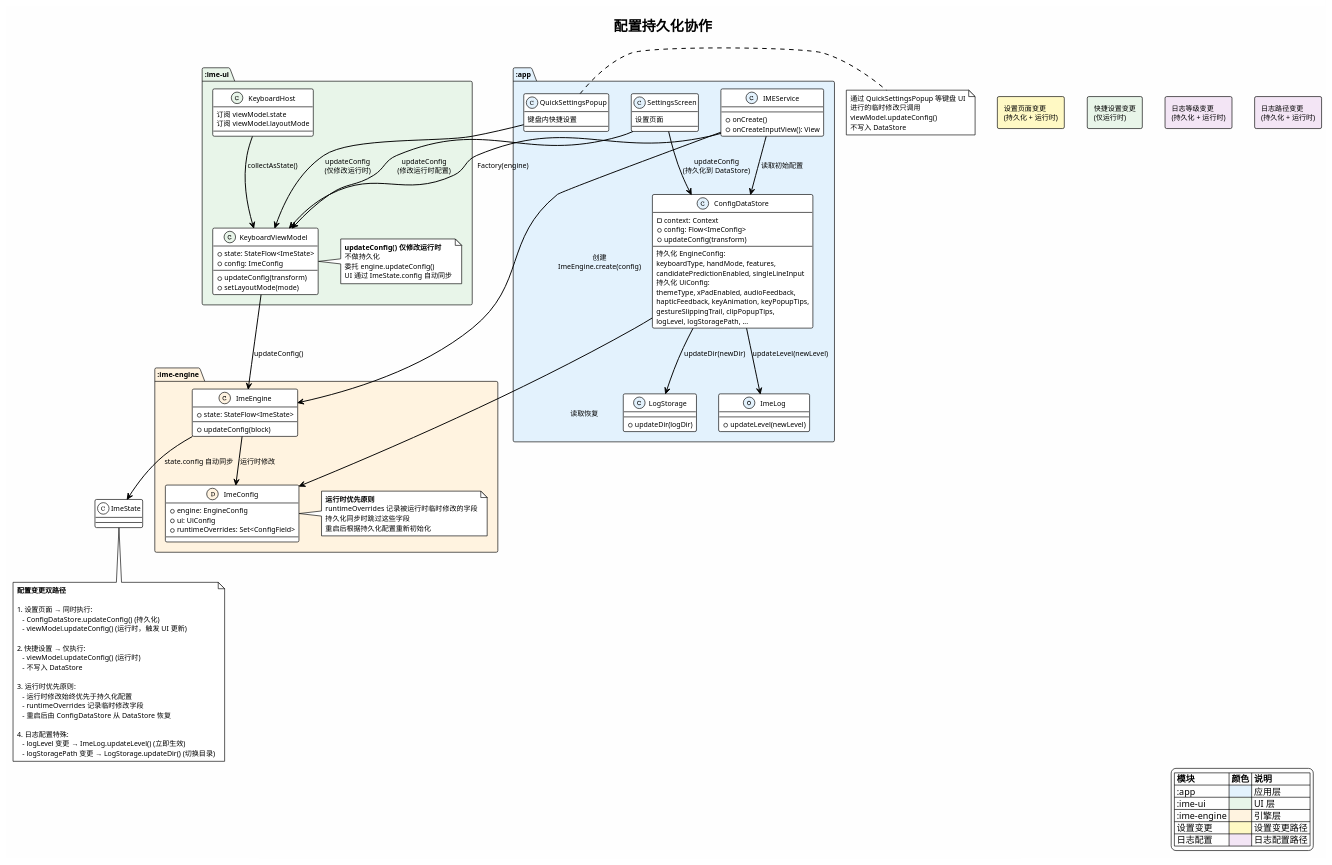
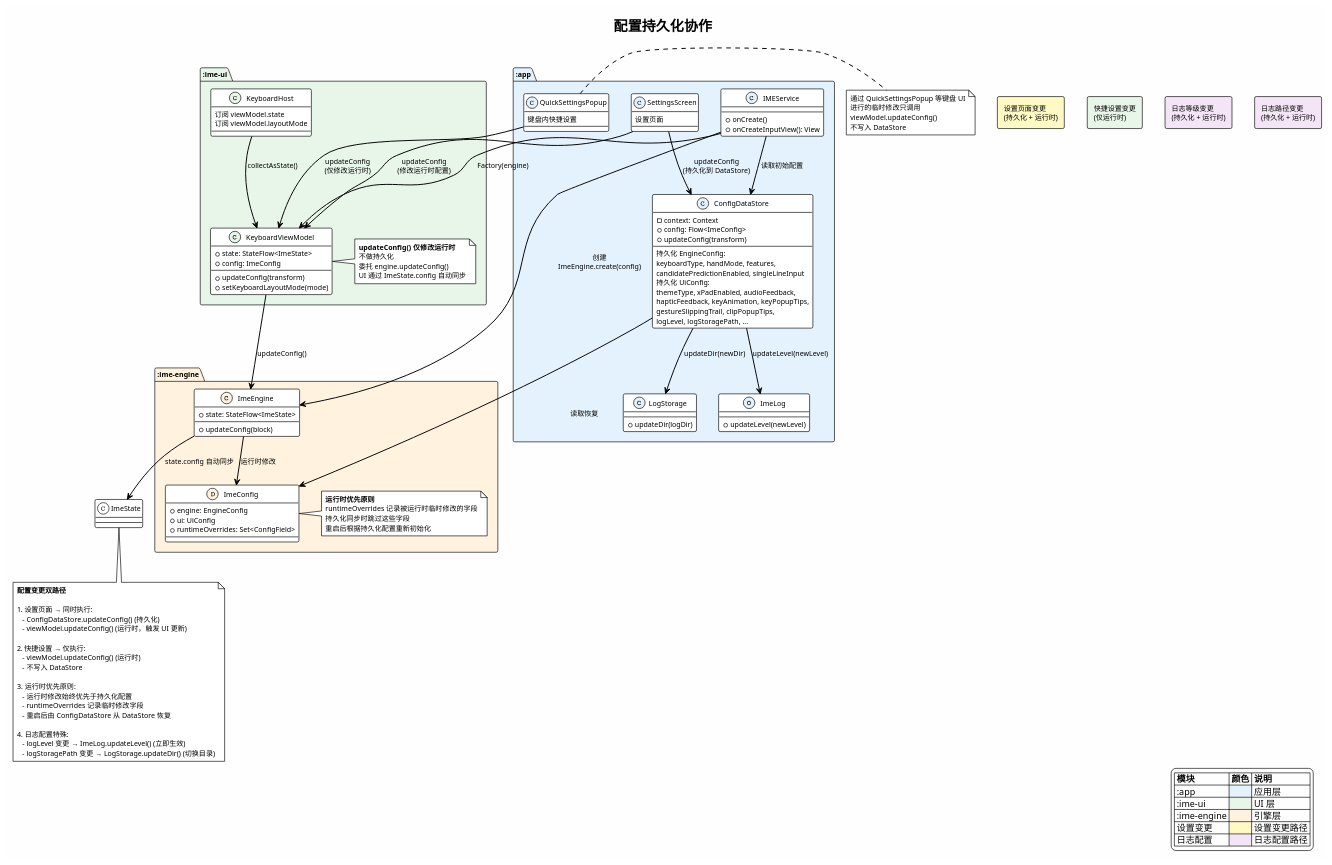
The diagram in docs/ai-agent/v4/design/diagrams/app-config-persistence.puml (crazydan-studio/kuaizi-ime-android), drawn with PlantUML before and after one commit. The commit also changed 26 other files, not shown here.

```diff
--- a/docs/ai-agent/v4/design/diagrams/app-config-persistence.puml
+++ b/docs/ai-agent/v4/design/diagrams/app-config-persistence.puml
@@ -1,153 +1,153 @@
 @startuml app-config-persistence
 allowmixing
 !theme plain
 skinparam backgroundColor #FEFEFE
 skinparam defaultFontSize 11
 skinparam arrowThickness 1.5
 
 title 配置持久化协作
 
 legend right
   |= 模块 |= 颜色 |= 说明 |
   | :app | <#E3F2FD> | 应用层 |
   | :ime-ui | <#E8F5E9> | UI 层 |
   | :ime-engine | <#FFF3E0> | 引擎层 |
   | 设置变更 | <#FFF9C4> | 设置变更路径 |
   | 日志配置 | <#F3E5F5> | 日志配置路径 |
 endlegend
 
 ' ===== :ime-engine =====
 package ":ime-engine" #FFF3E0 {
   class ImeConfig <<(D,#FFF3E0)>> {
     + engine: EngineConfig
     + ui: UiConfig
     + runtimeOverrides: Set<ConfigField>
   }
   class ImeEngine <<(C,#FFF3E0)>> {
     + updateConfig(block)
     + state: StateFlow<ImeState>
   }
   note right of ImeConfig
     **运行时优先原则**
     runtimeOverrides 记录被运行时临时修改的字段
     持久化同步时跳过这些字段
     重启后根据持久化配置重新初始化
   end note
 }
 
 ' ===== :ime-ui =====
 package ":ime-ui" #E8F5E9 {
   class KeyboardViewModel <<(C,#E8F5E9)>> {
     + state: StateFlow<ImeState>
     + config: ImeConfig
     + updateConfig(transform)
-    + setLayoutMode(mode)
+    + setKeyboardLayoutMode(mode)
   }
   class KeyboardHost <<(C,#E8F5E9)>> {
     订阅 viewModel.state
     订阅 viewModel.layoutMode
   }
   note right of KeyboardViewModel
     **updateConfig() 仅修改运行时**
     不做持久化
     委托 engine.updateConfig()
     UI 通过 ImeState.config 自动同步
   end note
 }
 
 ' ===== :app =====
 package ":app" #E3F2FD {
   class ConfigDataStore <<(C,#E3F2FD)>> {
     - context: Context
     + config: Flow<ImeConfig>
     + updateConfig(transform)
     --
     持久化 EngineConfig:
       keyboardType, handMode, features,
       candidatePredictionEnabled, singleLineInput
     持久化 UiConfig:
       themeType, xPadEnabled, audioFeedback,
       hapticFeedback, keyAnimation, keyPopupTips,
       gestureSlippingTrail, clipPopupTips,
       logLevel, logStoragePath, ...
   }
   class IMEService <<(C,#E3F2FD)>> {
     + onCreate()
     + onCreateInputView(): View
   }
   class SettingsScreen <<(C,#E3F2FD)>> {
     设置页面
   }
   class QuickSettingsPopup <<(C,#E3F2FD)>> {
     键盘内快捷设置
   }
   class ImeLog <<(O,#E3F2FD)>> {
     + updateLevel(newLevel)
   }
   class LogStorage <<(C,#E3F2FD)>> {
     + updateDir(logDir)
   }
 }
 
 ' ===== 配置变更双路径 =====
 
 rectangle "设置页面变更\n(持久化 + 运行时)" #FFF9C4 {
   SettingsScreen --> ConfigDataStore : updateConfig\n(持久化到 DataStore)
   SettingsScreen --> KeyboardViewModel : updateConfig\n(修改运行时配置)
 }
 
 rectangle "快捷设置变更\n(仅运行时)" #E8F5E9 {
   QuickSettingsPopup --> KeyboardViewModel : updateConfig\n(仅修改运行时)
 }
 
 note right of QuickSettingsPopup
   通过 QuickSettingsPopup 等键盘 UI
   进行的临时修改只调用
   viewModel.updateConfig()
   不写入 DataStore
 end note
 
 ' ===== 协作关系 =====
 IMEService --> ImeEngine : 创建\nImeEngine.create(config)
 IMEService --> KeyboardViewModel : Factory(engine)
 IMEService --> ConfigDataStore : 读取初始配置
 
 KeyboardViewModel --> ImeEngine : updateConfig()
 ImeEngine --> ImeConfig : 运行时修改
 ImeEngine --> ImeState : state.config 自动同步
 
 ConfigDataStore --> ImeConfig : 读取恢复
 KeyboardHost --> KeyboardViewModel : collectAsState()
 
 ' ===== 日志配置特殊路径 =====
 rectangle "日志等级变更\n(持久化 + 运行时)" #F3E5F5 {
   ConfigDataStore --> ImeLog : updateLevel(newLevel)
 }
 
 rectangle "日志路径变更\n(持久化 + 运行时)" #F3E5F5 {
   ConfigDataStore --> LogStorage : updateDir(newDir)
 }
 
 ' ===== 流程说明 =====
 note bottom
   **配置变更双路径**
 
   1. 设置页面 → 同时执行:
      - ConfigDataStore.updateConfig() (持久化)
      - viewModel.updateConfig() (运行时，触发 UI 更新)
 
   2. 快捷设置 → 仅执行:
      - viewModel.updateConfig() (运行时)
      - 不写入 DataStore
 
   3. 运行时优先原则:
      - 运行时修改始终优先于持久化配置
      - runtimeOverrides 记录临时修改字段
      - 重启后由 ConfigDataStore 从 DataStore 恢复
 
   4. 日志配置特殊:
      - logLevel 变更 → ImeLog.updateLevel() (立即生效)
      - logStoragePath 变更 → LogStorage.updateDir() (切换目录)
 end note
 
 @enduml
```
